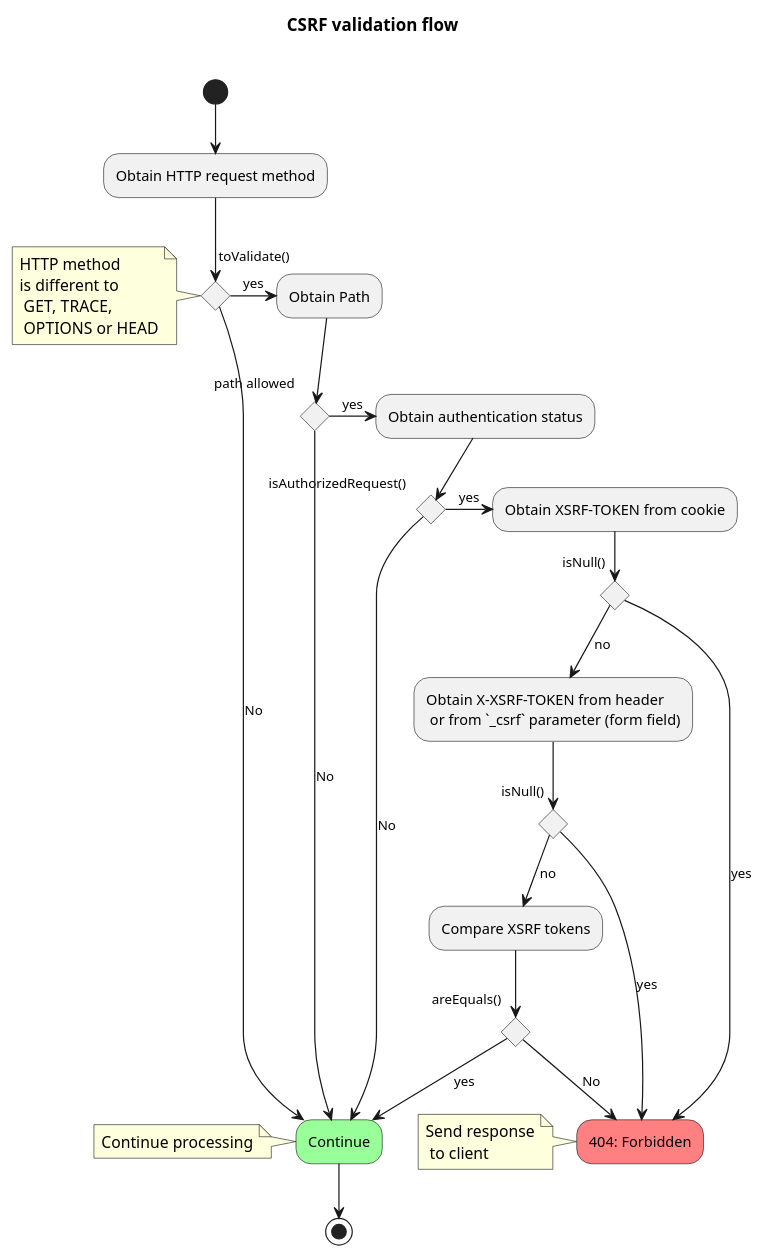
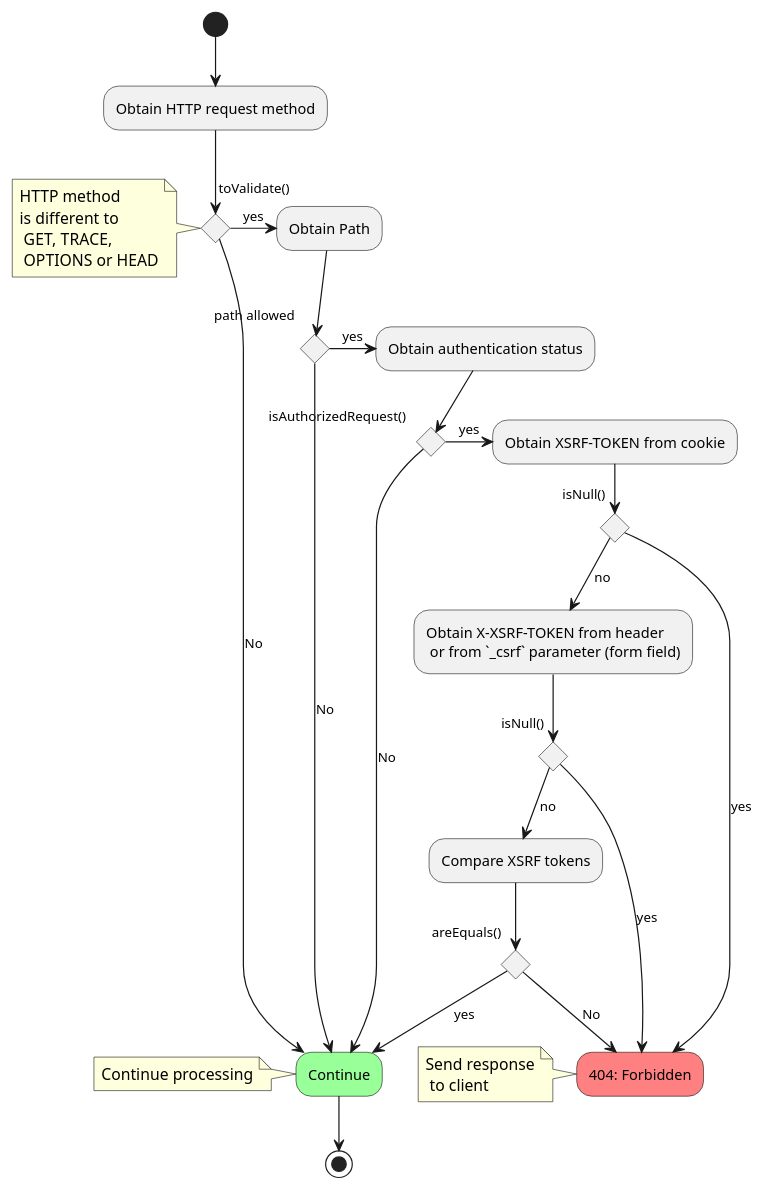
The diagram in docs/flow.puml (pablobastidasv/csrf), drawn with PlantUML before and after one commit. The commit also changed 2 other files, not shown here.

```diff
--- a/docs/flow.puml
+++ b/docs/flow.puml
@@ -1,50 +1,48 @@
 @startuml
-
-title CSRF validation flow \n
 
 skinparam activity {
   BackgroundColor<< Continue >> #99ff99
   BackgroundColor<< 403 >> #ff8080
 }
 
 (*) --> "Obtain HTTP request method"
 if  "toValidate()" then
     note left: HTTP method \nis different to\n GET, TRACE,\n OPTIONS or HEAD
 
     -right-> [yes] "Obtain Path"
 
     if "path allowed" then
         -right-> [yes] "Obtain authentication status"
 
         if "isAuthorizedRequest()" then
             -right-> [yes] "Obtain XSRF-TOKEN from cookie"
             if "isNull()" then
                 -down-> [no] "Obtain X-XSRF-TOKEN from header \n or from `_csrf` parameter (form field)"
                 if "isNull()" then
                     -down-> [no] "Compare XSRF tokens"
                     if "areEquals()" then
                         --> [yes] "Continue" <<Continue>>
                         Note left: Continue processing
                     else
                         --> [No] "404: Forbidden" <<403>>
                         Note left: Send response\n to client
                     endif
                 else
                     --> [yes] "404: Forbidden"
                 endif
             else
                 --> [yes] "404: Forbidden"
             endif
         else
             --> [No] "Continue"
         endif
     else
         --> [No] "Continue"
     endif
 else
     --> [No] Continue
 endif
 
 --> (*)
 
 @enduml
```
